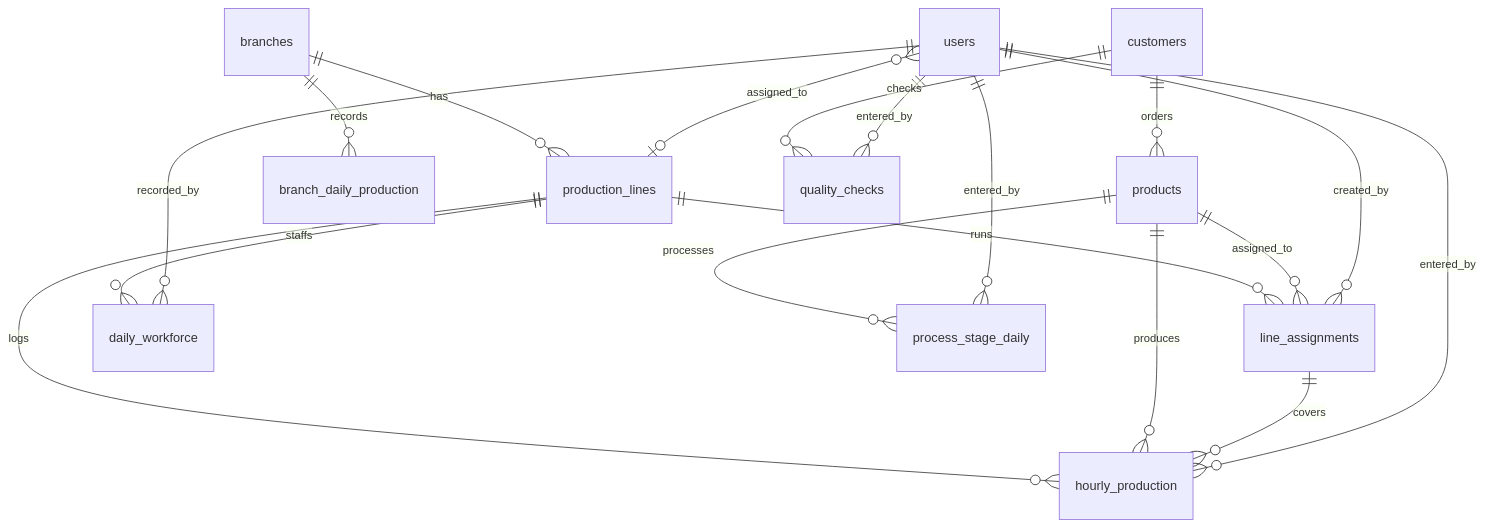
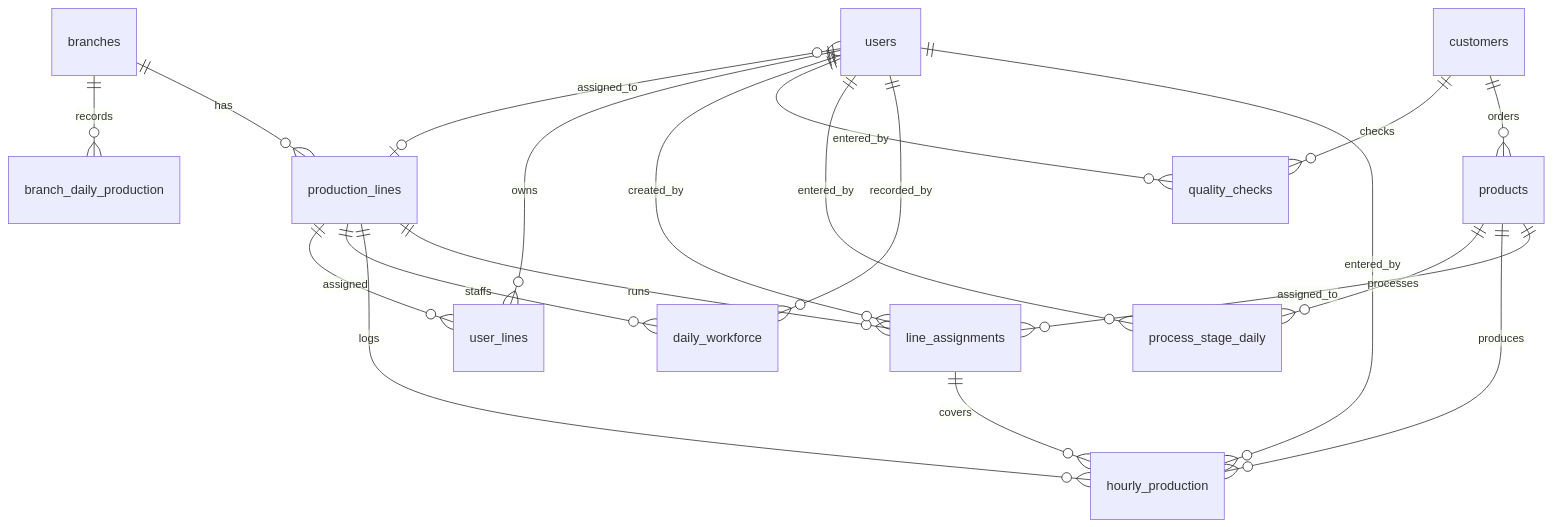
The diagram in SYSTEM_DOCUMENTATION.md (wansari9/textile-system), drawn with Mermaid before and after one commit. The commit also changed other lines of this file and 40 other files, not shown here.

````diff
--- a/SYSTEM_DOCUMENTATION.md
+++ b/SYSTEM_DOCUMENTATION.md
@@ -229,20 +228,22 @@
 ```mermaid
 erDiagram
     branches ||--o{ production_lines : has
     branches ||--o{ branch_daily_production : records
     customers ||--o{ products : orders
     production_lines ||--o{ line_assignments : runs
     products ||--o{ line_assignments : assigned_to
     production_lines ||--o{ hourly_production : logs
     products ||--o{ hourly_production : produces
     line_assignments ||--o{ hourly_production : covers
     production_lines ||--o{ daily_workforce : staffs
     products ||--o{ process_stage_daily : processes
     customers ||--o{ quality_checks : checks
     users ||--o{ hourly_production : entered_by
     users ||--o{ daily_workforce : recorded_by
     users ||--o{ process_stage_daily : entered_by
     users ||--o{ quality_checks : entered_by
     users ||--o{ line_assignments : created_by
+    users ||--o{ user_lines : owns
+    production_lines ||--o{ user_lines : assigned
     users }o--o| production_lines : assigned_to
 ```
````
